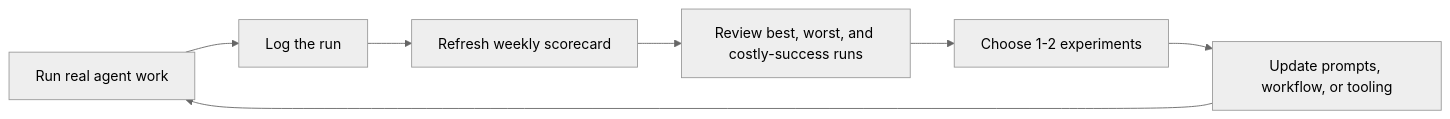
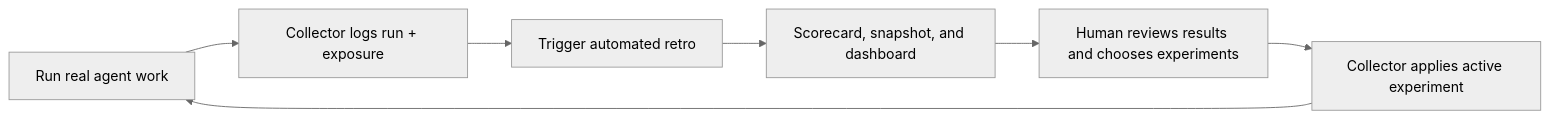
Before and after one commit to oli-deacon/agent-retro-kit: the diagram in README.md, drawn with Mermaid (neutral theme). The commit also changed other lines of this file and 12 other files, not shown here.

````diff
--- a/README.md
+++ b/README.md
@@ -105,9 +104,9 @@
 ```mermaid
 flowchart LR
-    A["Run real agent work"] --> B["Log the run"]
-    B --> C["Refresh weekly scorecard"]
-    C --> D["Review best, worst, and costly-success runs"]
-    D --> E["Choose 1-2 experiments"]
-    E --> F["Update prompts, workflow, or tooling"]
+    A["Run real agent work"] --> B["Collector logs run + exposure"]
+    B --> C["Trigger automated retro"]
+    C --> D["Scorecard, snapshot, and dashboard"]
+    D --> E["Human reviews results and chooses experiments"]
+    E --> F["Collector applies active experiment"]
     F --> A
 ```
````
